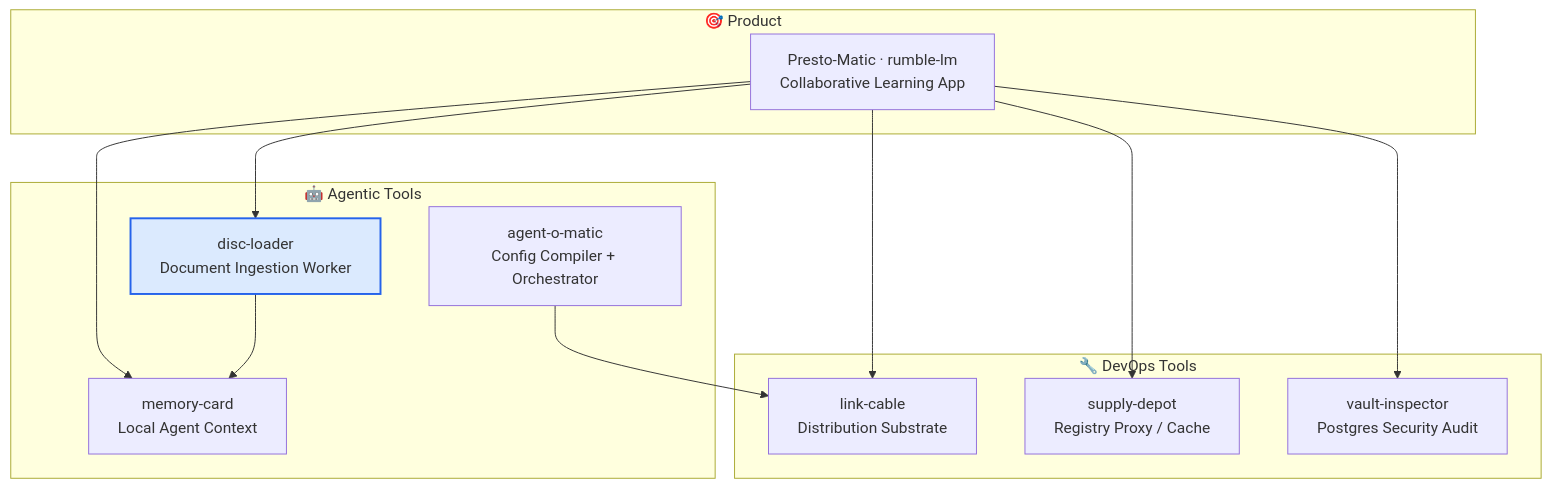
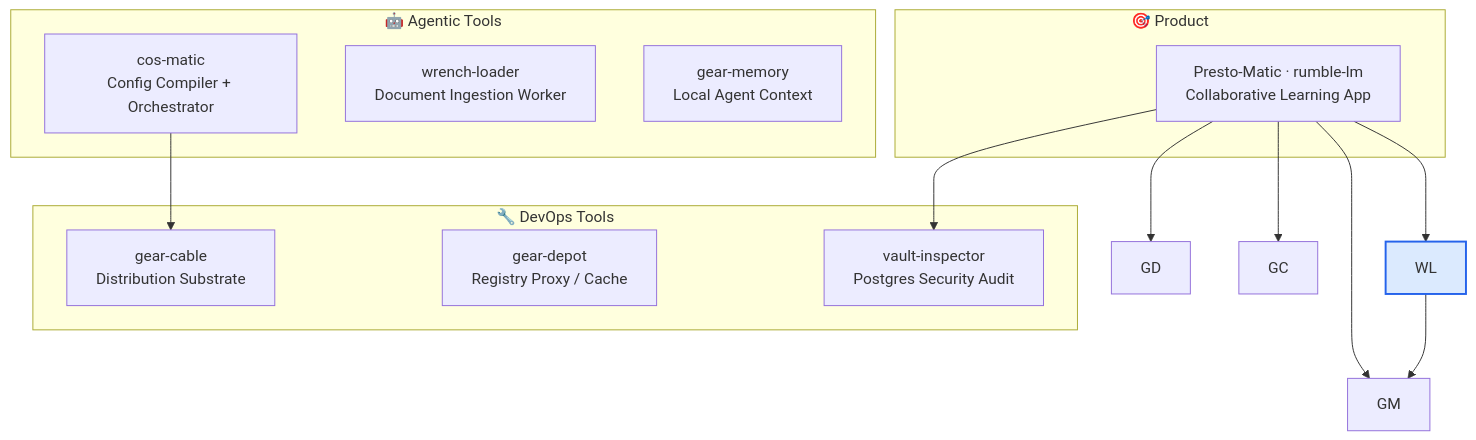
Before and after one commit to constantin-jais/wrench-loader: the diagram in README.md, drawn with Mermaid. The commit also changed other lines of this file and 5 other files, not shown here.

````diff
--- a/README.md
+++ b/README.md
@@ -17,24 +17,24 @@
 ```mermaid
 graph TB
     subgraph product["🎯 Product"]
         RL["Presto-Matic · rumble-lm<br/>Collaborative Learning App"]
     end
     subgraph agentic["🤖 Agentic Tools"]
-        AOM["agent-o-matic<br/>Config Compiler + Orchestrator"]
-        DL["disc-loader<br/>Document Ingestion Worker"]
-        MC["memory-card<br/>Local Agent Context"]
+        cosmatic["cos-matic<br/>Config Compiler + Orchestrator"]
+        DL["wrench-loader<br/>Document Ingestion Worker"]
+        MC["gear-memory<br/>Local Agent Context"]
     end
     subgraph devops["🔧 DevOps Tools"]
-        LC["link-cable<br/>Distribution Substrate"]
-        SD["supply-depot<br/>Registry Proxy / Cache"]
+        LC["gear-cable<br/>Distribution Substrate"]
+        SD["gear-depot<br/>Registry Proxy / Cache"]
         VI["vault-inspector<br/>Postgres Security Audit"]
     end
-    RL --> DL
-    RL --> MC
+    RL --> WL
+    RL --> GM
     RL --> VI
-    RL --> SD
-    RL --> LC
-    AOM --> LC
-    DL --> MC
-    style DL fill:#dbeafe,stroke:#2563eb,stroke-width:2px
+    RL --> GD
+    RL --> GC
+    cosmatic --> LC
+    WL --> GM
+    style WL fill:#dbeafe,stroke:#2563eb,stroke-width:2px
 ```
````
